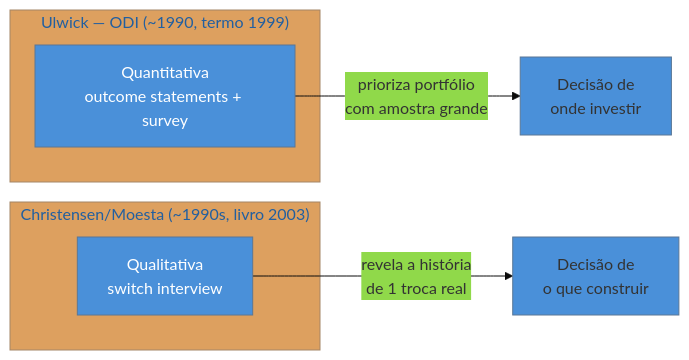
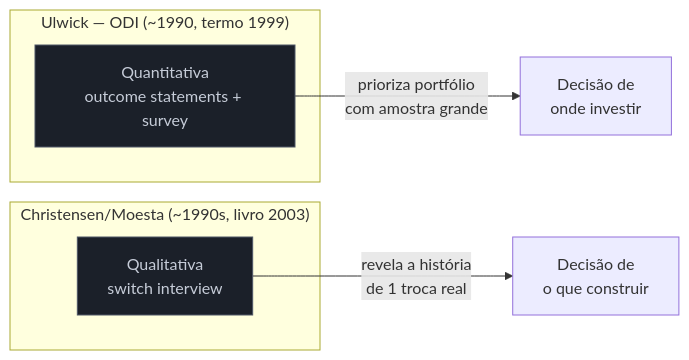
Before and after one commit to josenaldo/codex-technomanticus: the diagram in 03-Dominios/Engenharia/UX/Descoberta e Pesquisa/09 - Jobs To Be Done - as duas escolas.md, drawn with Mermaid. The commit also changed 1181 other files, not shown here.

First line of the commit message:
fix(diagramas): paleta do sistema no lugar de cor cravada no markdown

````diff
--- a/03-Dominios/Engenharia/UX/Descoberta e Pesquisa/09 - Jobs To Be Done - as duas escolas.md
+++ b/03-Dominios/Engenharia/UX/Descoberta e Pesquisa/09 - Jobs To Be Done - as duas escolas.md
@@ -48,14 +48,14 @@
 ```mermaid
-%%{init: {"theme": "base", "themeVariables": {"primaryColor": "#4A90D9"}}}%%
 graph LR
+    classDef neutro fill:#1B2029,stroke:#4E5666,color:#C6CCD8
     subgraph U["Ulwick — ODI (~1990, termo 1999)"]
         UQ["Quantitativa<br/>outcome statements + survey"]
     end
     subgraph C["Christensen/Moesta (~1990s, livro 2003)"]
         CQ["Qualitativa<br/>switch interview"]
     end
     UQ -->|"prioriza portfólio<br/>com amostra grande"| D1["Decisão de<br/>onde investir"]
     CQ -->|"revela a história<br/>de 1 troca real"| D2["Decisão de<br/>o que construir"]
-    style UQ fill:#4A90D9,color:#fff
-    style CQ fill:#4A90D9,color:#fff
+    class UQ neutro
+    class CQ neutro
 ```
````
